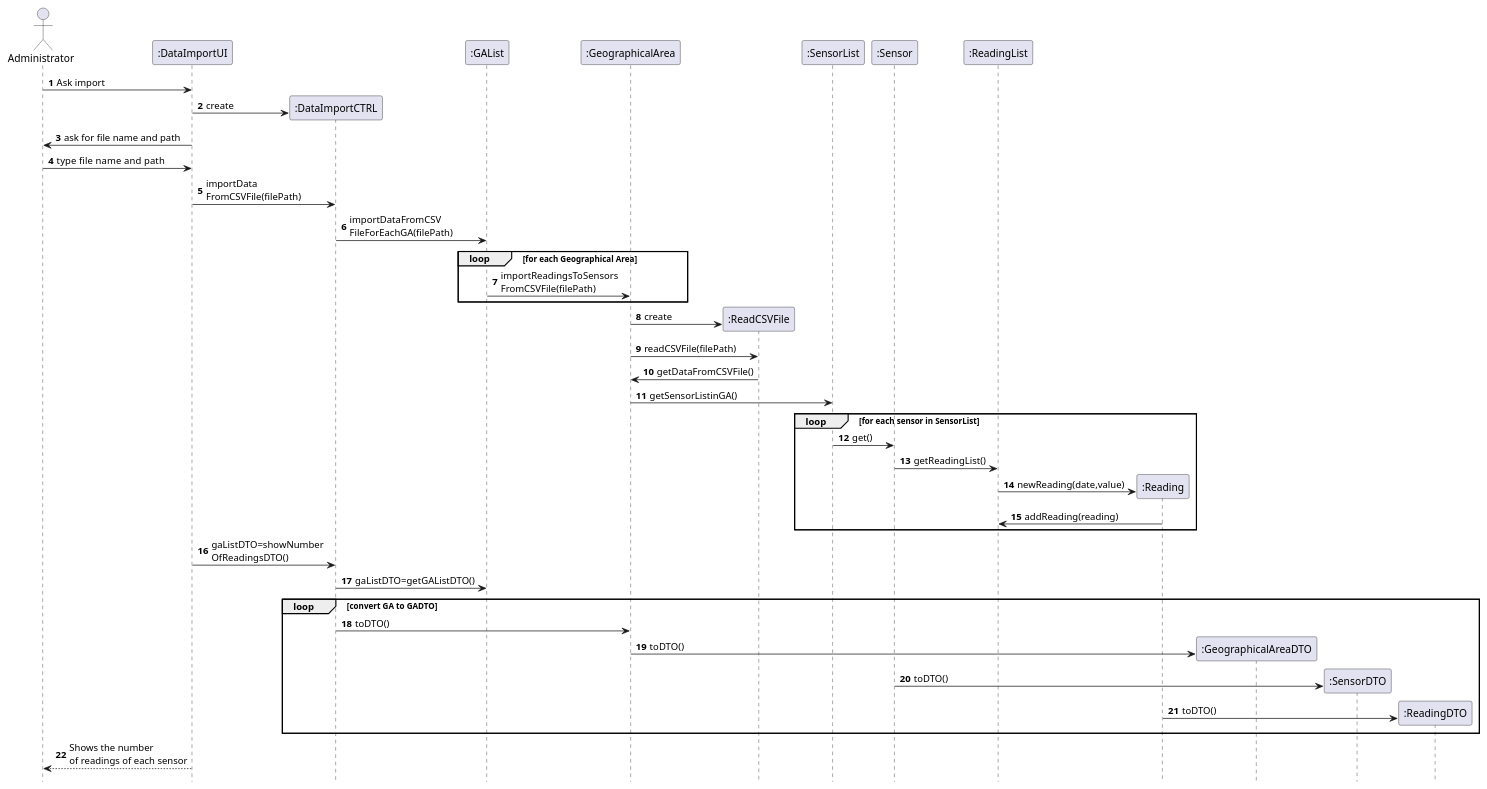
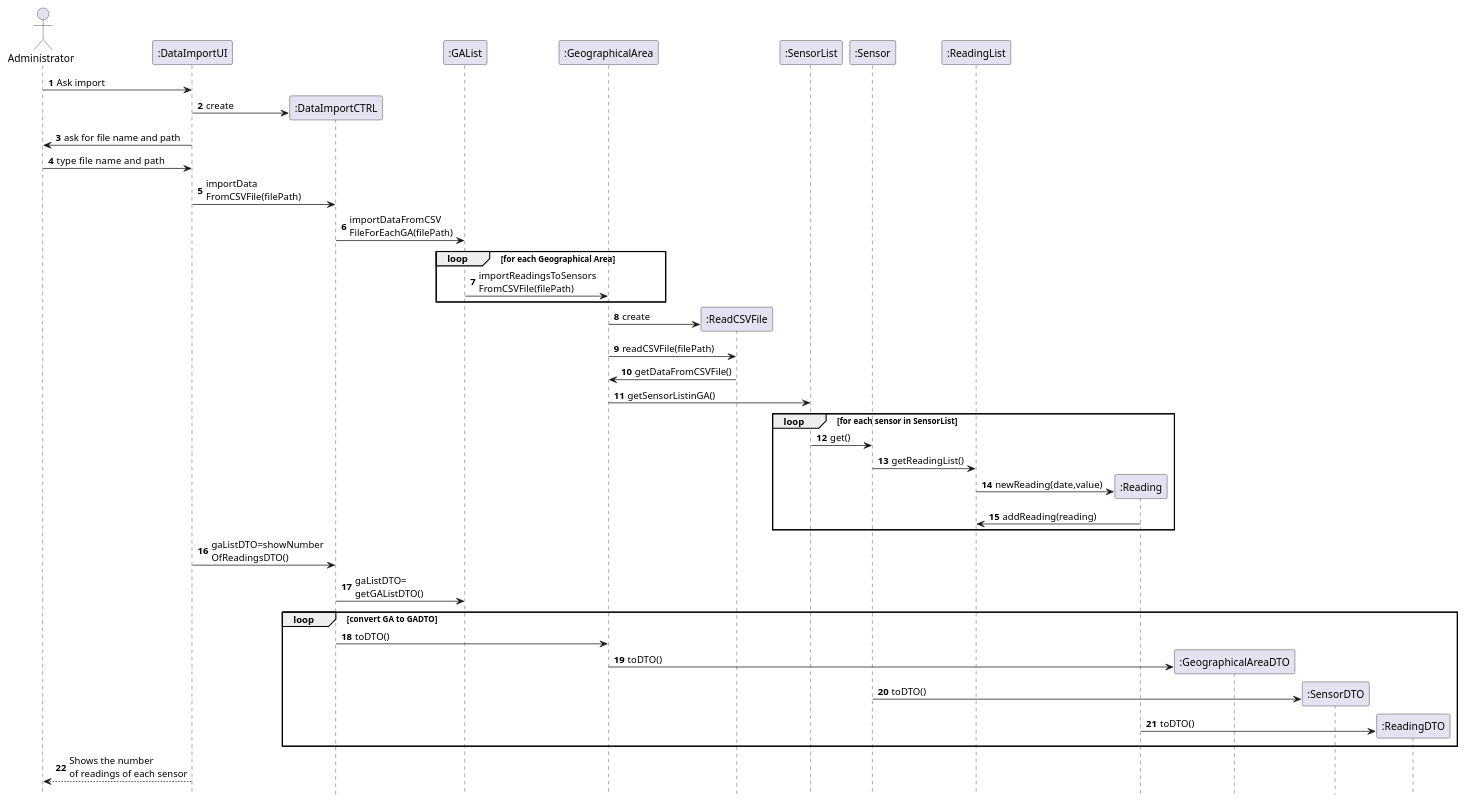
One commit to emanuel-pereira/hou changed the diagram in src/main/java/smarthome/controller/sequenceDiagrams/sd_ImportReadingsSensorsFromCSVfile.puml. Above: the diagram before and after it, drawn with PlantUML.

Commit message:
US20 - Update on Sequence Diagram. Addresses #107

```diff
--- a/src/main/java/smarthome/controller/sequenceDiagrams/sd_ImportReadingsSensorsFromCSVfile.puml
+++ b/src/main/java/smarthome/controller/sequenceDiagrams/sd_ImportReadingsSensorsFromCSVfile.puml
@@ -1,53 +1,53 @@
 @startuml
 autonumber
 hidefootbox
 actor Administrator
 
 
 Administrator -> ":DataImportUI": Ask import
 create ":DataImportCTRL"
 
 
 ":DataImportUI" -> ":DataImportCTRL": create
 ":DataImportUI" -> "Administrator": ask for file name and path
 ":DataImportUI" <- "Administrator": type  file name and path
 
 
 ":DataImportUI" -> ":DataImportCTRL": importData\nFromCSVFile(filePath)
 ":DataImportCTRL" -> ":GAList": importDataFromCSV\nFileForEachGA(filePath)
 
 loop for each Geographical Area
 ":GAList" -> ":GeographicalArea": importReadingsToSensors\nFromCSVFile(filePath)
 end
 
 create ":ReadCSVFile"
 ":GeographicalArea" -> ":ReadCSVFile": create
 ":GeographicalArea" -> ":ReadCSVFile": readCSVFile(filePath)
 ":ReadCSVFile" -> ":GeographicalArea": getDataFromCSVFile()
 
 ":GeographicalArea" -> ":SensorList": getSensorListinGA()
 
 loop for each sensor in SensorList
 ":SensorList" -> ":Sensor": get()
 
 ":Sensor" -> ":ReadingList": getReadingList()
 create ":Reading"
 
 ":ReadingList" -> ":Reading": newReading(date,value)
 ":ReadingList" <- ":Reading": addReading(reading)
 end
 
 ":DataImportCTRL"<-":DataImportUI":gaListDTO=showNumber\nOfReadingsDTO()
-":DataImportCTRL"->":GAList": gaListDTO=getGAListDTO()
+":DataImportCTRL"->":GAList": gaListDTO=\ngetGAListDTO()
 loop convert GA to GADTO
 ":DataImportCTRL"->":GeographicalArea": toDTO()
 create ":GeographicalAreaDTO"
 ":GeographicalArea"->":GeographicalAreaDTO": toDTO()
 create ":SensorDTO"
 ":Sensor"->":SensorDTO": toDTO()
 create ":ReadingDTO"
 ":Reading"->":ReadingDTO": toDTO()
 
 end
 Administrator<--":DataImportUI": Shows the number \nof readings of each sensor
 @enduml
```
